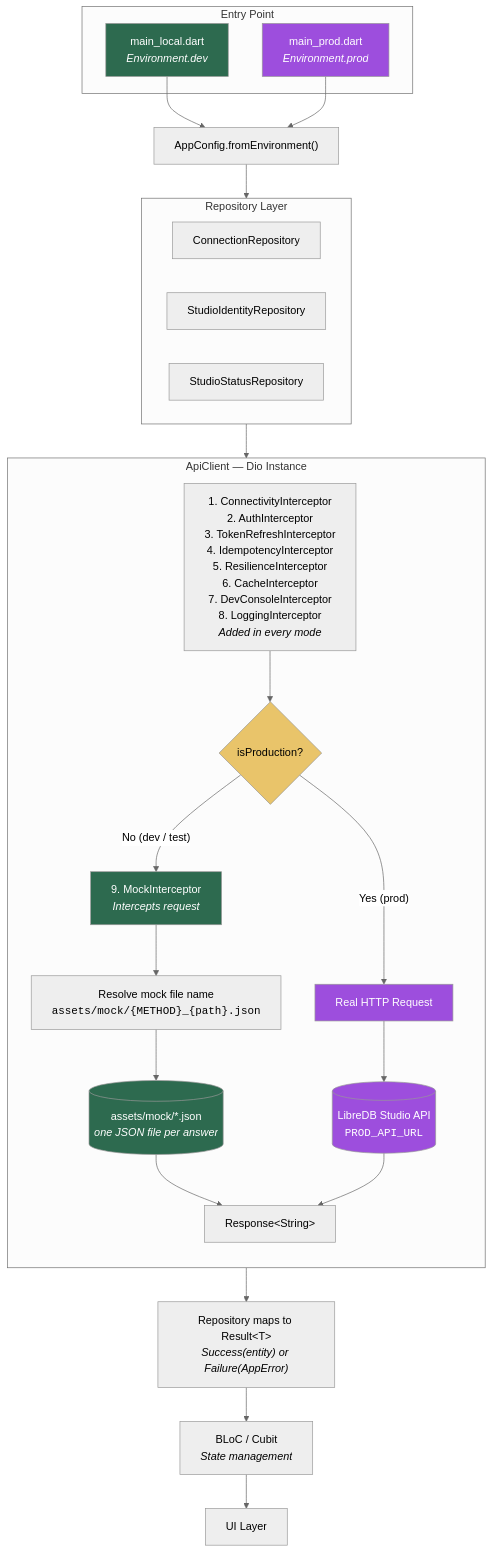
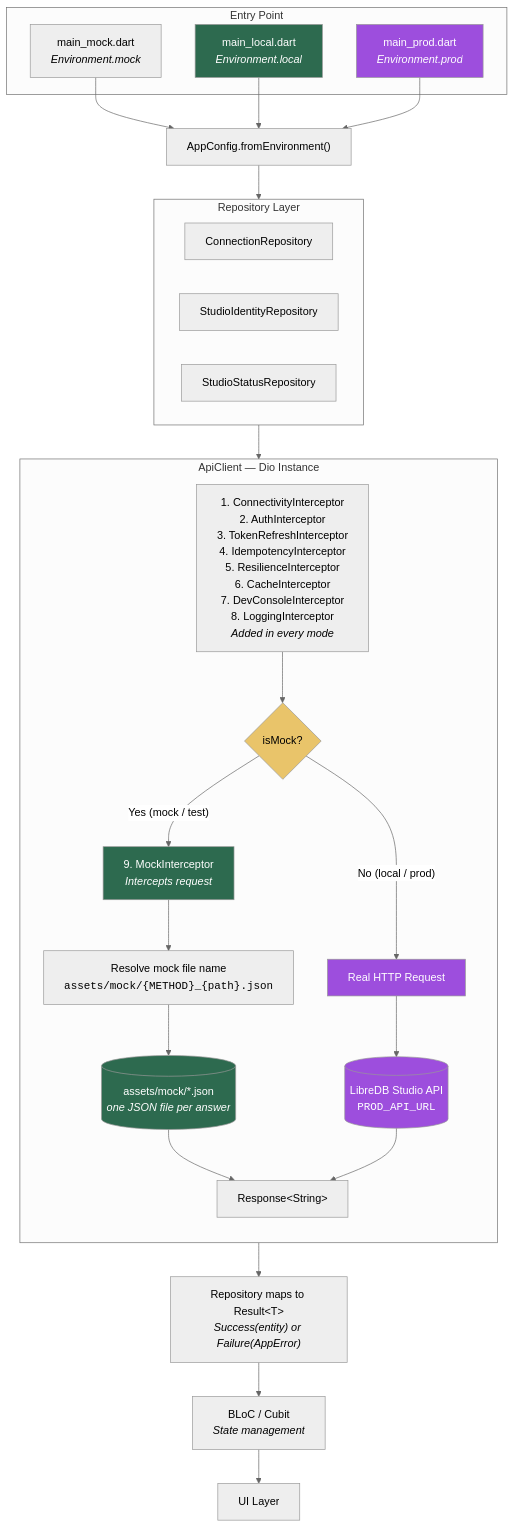
One commit to libredb/libredb-mobile changed the first of 2 diagrams in docs/mock-architecture.md. Above: the diagram before and after it, drawn with Mermaid (neutral theme). The commit also changed other lines of this file and 5 other files, not shown here.

````diff
--- a/docs/mock-architecture.md
+++ b/docs/mock-architecture.md
@@ -19,65 +20,67 @@
 ```mermaid
 flowchart TB
     subgraph Entry["Entry Point"]
-        LOCAL["main_local.dart<br/><i>Environment.dev</i>"]
+        MOCKENTRY["main_mock.dart<br/><i>Environment.mock</i>"]
+        LOCAL["main_local.dart<br/><i>Environment.local</i>"]
         PROD["main_prod.dart<br/><i>Environment.prod</i>"]
     end
 
+    MOCKENTRY --> ENV
     LOCAL --> ENV
     PROD --> ENV
 
     ENV["AppConfig.fromEnvironment()"]
     ENV --> REPO
 
     subgraph REPO["Repository Layer"]
         direction LR
         CR["ConnectionRepository"]
         SIR["StudioIdentityRepository"]
         SSR["StudioStatusRepository"]
     end
 
     REPO --> API
 
     subgraph API["ApiClient — Dio Instance"]
         direction TB
         CHAIN["1. ConnectivityInterceptor<br/>2. AuthInterceptor<br/>3. TokenRefreshInterceptor<br/>4. IdempotencyInterceptor<br/>5. ResilienceInterceptor<br/>6. CacheInterceptor<br/>7. DevConsoleInterceptor<br/>8. LoggingInterceptor<br/><i>Added in every mode</i>"]
         CHAIN --> DECISION
 
-        DECISION{isProduction?}
+        DECISION{isMock?}
 
-        DECISION -- "No (dev / test)" --> MOCK_INT
-        DECISION -- "Yes (prod)" --> NETWORK
+        DECISION -- "Yes (mock / test)" --> MOCK_INT
+        DECISION -- "No (local / prod)" --> NETWORK
 
         MOCK_INT["9. MockInterceptor<br/><i>Intercepts request</i>"]
         MOCK_INT --> RESOLVE
 
         RESOLVE["Resolve mock file name<br/><code>assets/mock/{METHOD}_{path}.json</code>"]
         RESOLVE --> ASSET
 
         ASSET[("assets/mock/*.json<br/><i>one JSON file per answer</i>")]
         ASSET --> RESPONSE
 
         NETWORK["Real HTTP Request"]
         NETWORK --> REAL_API
 
         REAL_API[("LibreDB Studio API<br/><code>PROD_API_URL</code>")]
         REAL_API --> RESPONSE
     end
 
     RESPONSE["Response&lt;String&gt;"]
     RESPONSE --> RESULT
 
     RESULT["Repository maps to Result&lt;T&gt;<br/><i>Success(entity) or Failure(AppError)</i>"]
     RESULT --> BLOC
 
     BLOC["BLoC / Cubit<br/><i>State management</i>"]
     BLOC --> UI["UI Layer"]
 
     style LOCAL fill:#2d6a4f,color:#fff
     style PROD fill:#9d4edd,color:#fff
     style MOCK_INT fill:#2d6a4f,color:#fff
     style ASSET fill:#2d6a4f,color:#fff
     style NETWORK fill:#9d4edd,color:#fff
     style REAL_API fill:#9d4edd,color:#fff
     style DECISION fill:#e9c46a,color:#000
 ```
````
